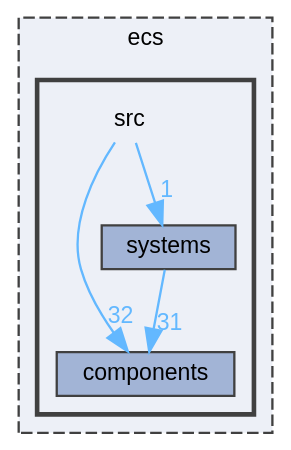
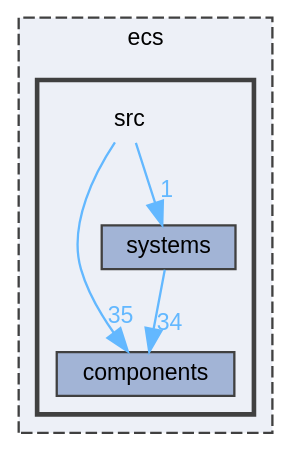
Before and after one commit to Aleksrac/R-Type: the diagram in dir_cd62a81a5498271e83c00ee7432ae4e6_dep.dot, drawn with Graphviz. The commit also changed 378 other files, not shown here.

```diff
--- a/dir_cd62a81a5498271e83c00ee7432ae4e6_dep.dot
+++ b/dir_cd62a81a5498271e83c00ee7432ae4e6_dep.dot
@@ -1,20 +1,20 @@
 digraph "ecs/src"
 {
  // LATEX_PDF_SIZE
   bgcolor="transparent";
   edge [fontname=Helvetica,fontsize=10,labelfontname=Helvetica,labelfontsize=10];
   node [fontname=Helvetica,fontsize=10,shape=box,height=0.2,width=0.4];
   compound=true
   subgraph clusterdir_eafb92770fbc727220bdaa0b1292f771 {
     graph [ bgcolor="#edf0f7", pencolor="grey25", label="ecs", fontname=Helvetica,fontsize=10 style="filled,dashed", URL="dir_eafb92770fbc727220bdaa0b1292f771.html",tooltip=""]
   subgraph clusterdir_cd62a81a5498271e83c00ee7432ae4e6 {
     graph [ bgcolor="#edf0f7", pencolor="grey25", label="", fontname=Helvetica,fontsize=10 style="filled,bold", URL="dir_cd62a81a5498271e83c00ee7432ae4e6.html",tooltip=""]
     dir_cd62a81a5498271e83c00ee7432ae4e6 [shape=plaintext, label="src"];
   dir_79c5a346a0c3740c5441f87bb4d2087a [label="components", fillcolor="#a2b4d6", color="grey25", style="filled", URL="dir_79c5a346a0c3740c5441f87bb4d2087a.html",tooltip=""];
   dir_b6cc2f1b30b06e8d717dd3f4fede875e [label="systems", fillcolor="#a2b4d6", color="grey25", style="filled", URL="dir_b6cc2f1b30b06e8d717dd3f4fede875e.html",tooltip=""];
   }
   }
-  dir_cd62a81a5498271e83c00ee7432ae4e6->dir_79c5a346a0c3740c5441f87bb4d2087a [headlabel="32", labeldistance=1.5 headhref="dir_000008_000000.html" href="dir_000008_000000.html" color="steelblue1" fontcolor="steelblue1"];
+  dir_cd62a81a5498271e83c00ee7432ae4e6->dir_79c5a346a0c3740c5441f87bb4d2087a [headlabel="35", labeldistance=1.5 headhref="dir_000008_000000.html" href="dir_000008_000000.html" color="steelblue1" fontcolor="steelblue1"];
   dir_cd62a81a5498271e83c00ee7432ae4e6->dir_b6cc2f1b30b06e8d717dd3f4fede875e [headlabel="1", labeldistance=1.5 headhref="dir_000008_000010.html" href="dir_000008_000010.html" color="steelblue1" fontcolor="steelblue1"];
-  dir_b6cc2f1b30b06e8d717dd3f4fede875e->dir_79c5a346a0c3740c5441f87bb4d2087a [headlabel="31", labeldistance=1.5 headhref="dir_000010_000000.html" href="dir_000010_000000.html" color="steelblue1" fontcolor="steelblue1"];
+  dir_b6cc2f1b30b06e8d717dd3f4fede875e->dir_79c5a346a0c3740c5441f87bb4d2087a [headlabel="34", labeldistance=1.5 headhref="dir_000010_000000.html" href="dir_000010_000000.html" color="steelblue1" fontcolor="steelblue1"];
 }
```
